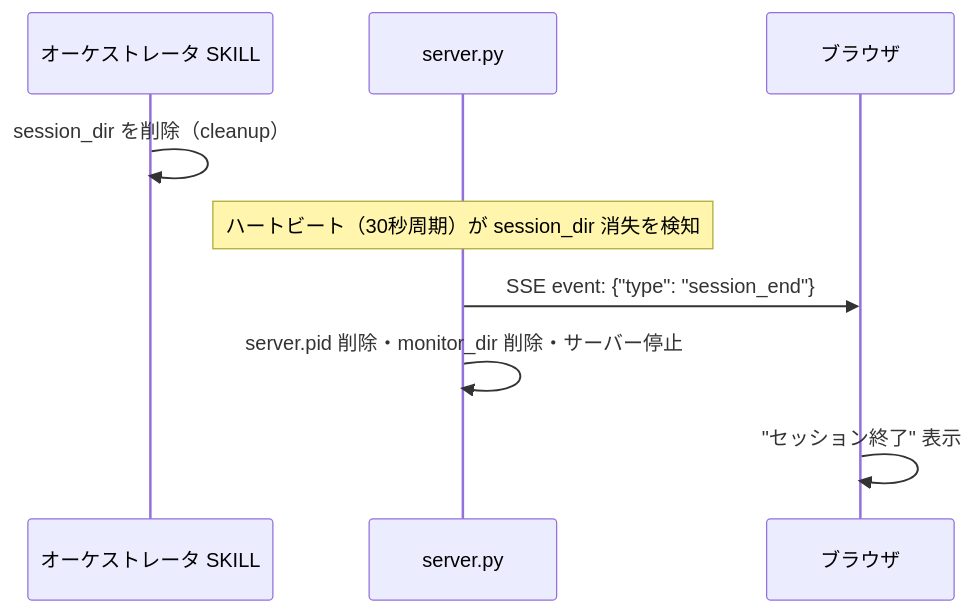
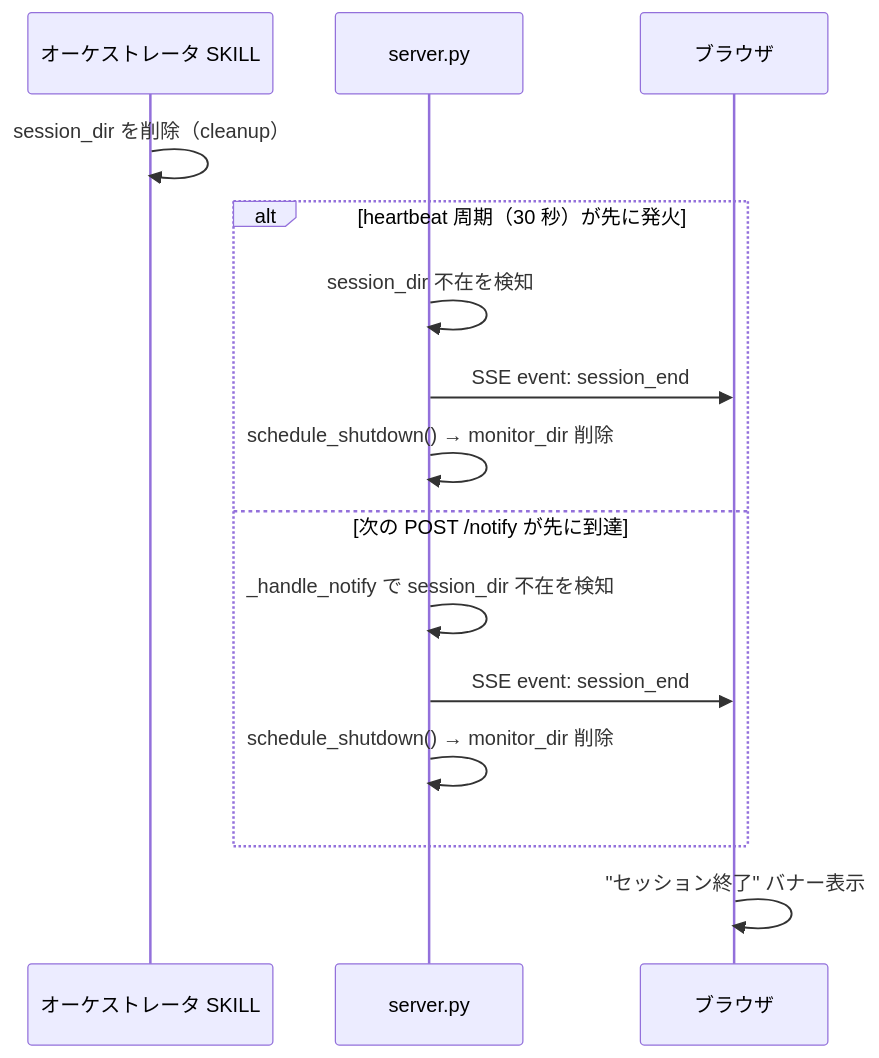
The fifth of 7 diagrams in docs/specs/forge/design/DES-012_show_browser_design.md (BlueEventHorizon/bw-cc-plugins), drawn with Mermaid before and after one commit. The commit also changed other lines of this file and 40 other files, not shown here.

````diff
--- a/docs/specs/forge/design/DES-012_show_browser_design.md
+++ b/docs/specs/forge/design/DES-012_show_browser_design.md
@@ -199,13 +242,19 @@
 ```mermaid
 sequenceDiagram
     participant SKILL as オーケストレータ SKILL
     participant SV as server.py
     participant Browser as ブラウザ
 
     SKILL->>SKILL: session_dir を削除（cleanup）
 
-    Note over SV: ハートビート（30秒周期）が session_dir 消失を検知
-    SV->>Browser: SSE event: {"type": "session_end"}
-    SV->>SV: server.pid 削除・monitor_dir 削除・サーバー停止
-    Browser->>Browser: "セッション終了" 表示
+    alt heartbeat 周期（30 秒）が先に発火
+        SV->>SV: session_dir 不在を検知
+        SV->>Browser: SSE event: session_end
+        SV->>SV: schedule_shutdown() → monitor_dir 削除
+    else 次の POST /notify が先に到達
+        SV->>SV: _handle_notify で session_dir 不在を検知
+        SV->>Browser: SSE event: session_end
+        SV->>SV: schedule_shutdown() → monitor_dir 削除
+    end
+    Browser->>Browser: "セッション終了" バナー表示
 ```
````
